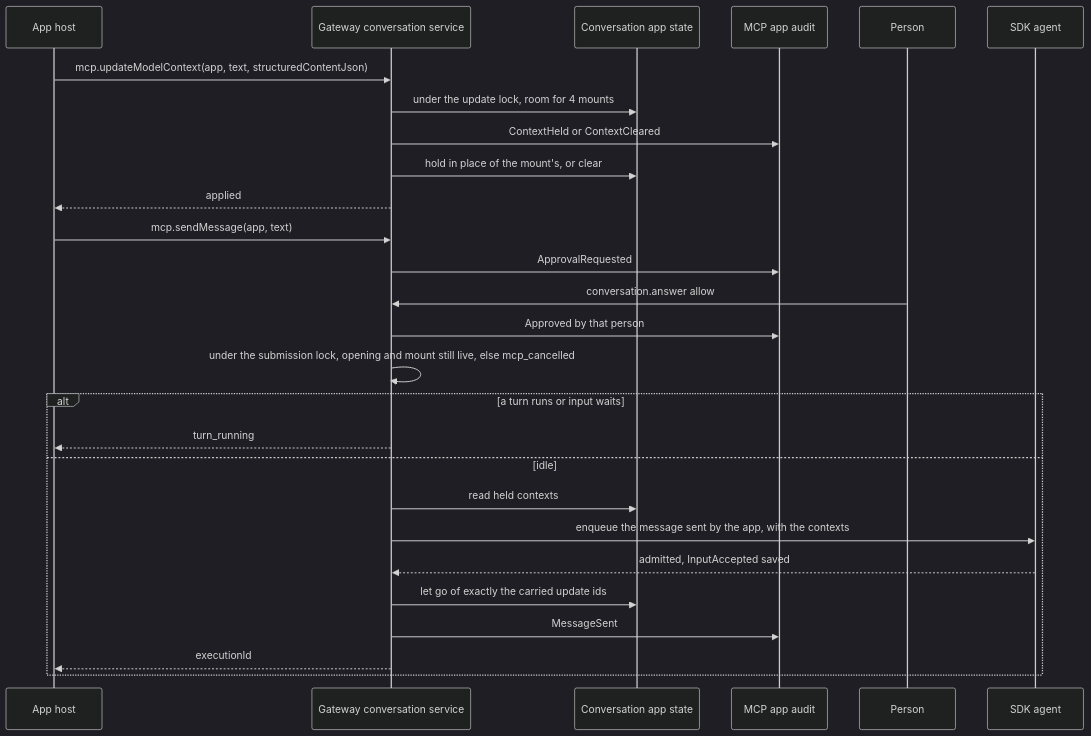
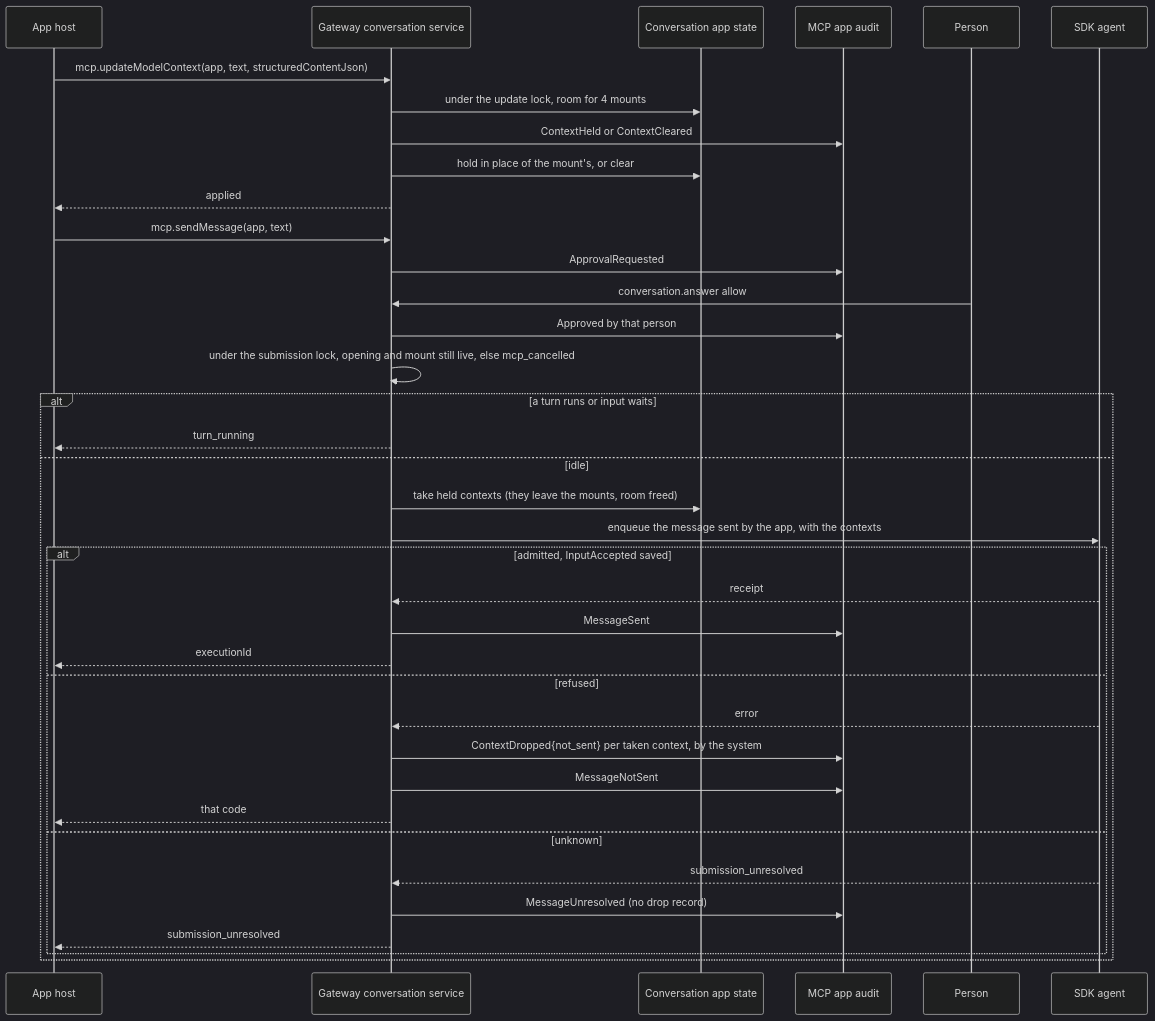
The diagram in docs/design/mcp-app-calls.md (nessalabs/nessa-agent), drawn with Mermaid (dark theme) before and after one commit. The commit also changed other lines of this file and 2 other files, not shown here.

First line of the commit message:
Docs: an app's held contexts are taken at read (#390, 2a, G2-1..G2-10)

````diff
--- a/docs/design/mcp-app-calls.md
+++ b/docs/design/mcp-app-calls.md
@@ -543,29 +566,39 @@
 ```mermaid
 sequenceDiagram
     participant App as App host
     participant Svc as Gateway conversation service
     participant Apps as Conversation app state
     participant Audit as MCP app audit
     participant Person
     participant SDK as SDK agent
     App->>Svc: mcp.updateModelContext(app, text, structuredContentJson)
     Svc->>Apps: under the update lock, room for 4 mounts
     Svc->>Audit: ContextHeld or ContextCleared
     Svc->>Apps: hold in place of the mount's, or clear
     Svc-->>App: applied
     App->>Svc: mcp.sendMessage(app, text)
     Svc->>Audit: ApprovalRequested
     Person->>Svc: conversation.answer allow
     Svc->>Audit: Approved by that person
     Svc->>Svc: under the submission lock, opening and mount still live, else mcp_cancelled
     alt a turn runs or input waits
         Svc-->>App: turn_running
     else idle
-        Svc->>Apps: read held contexts
+        Svc->>Apps: take held contexts (they leave the mounts, room freed)
         Svc->>SDK: enqueue the message sent by the app, with the contexts
-        SDK-->>Svc: admitted, InputAccepted saved
-        Svc->>Apps: let go of exactly the carried update ids
-        Svc->>Audit: MessageSent
-        Svc-->>App: executionId
+        alt admitted, InputAccepted saved
+            SDK-->>Svc: receipt
+            Svc->>Audit: MessageSent
+            Svc-->>App: executionId
+        else refused
+            SDK-->>Svc: error
+            Svc->>Audit: ContextDropped{not_sent} per taken context, by the system
+            Svc->>Audit: MessageNotSent
+            Svc-->>App: that code
+        else unknown
+            SDK-->>Svc: submission_unresolved
+            Svc->>Audit: MessageUnresolved (no drop record)
+            Svc-->>App: submission_unresolved
+        end
     end
 ```
````
